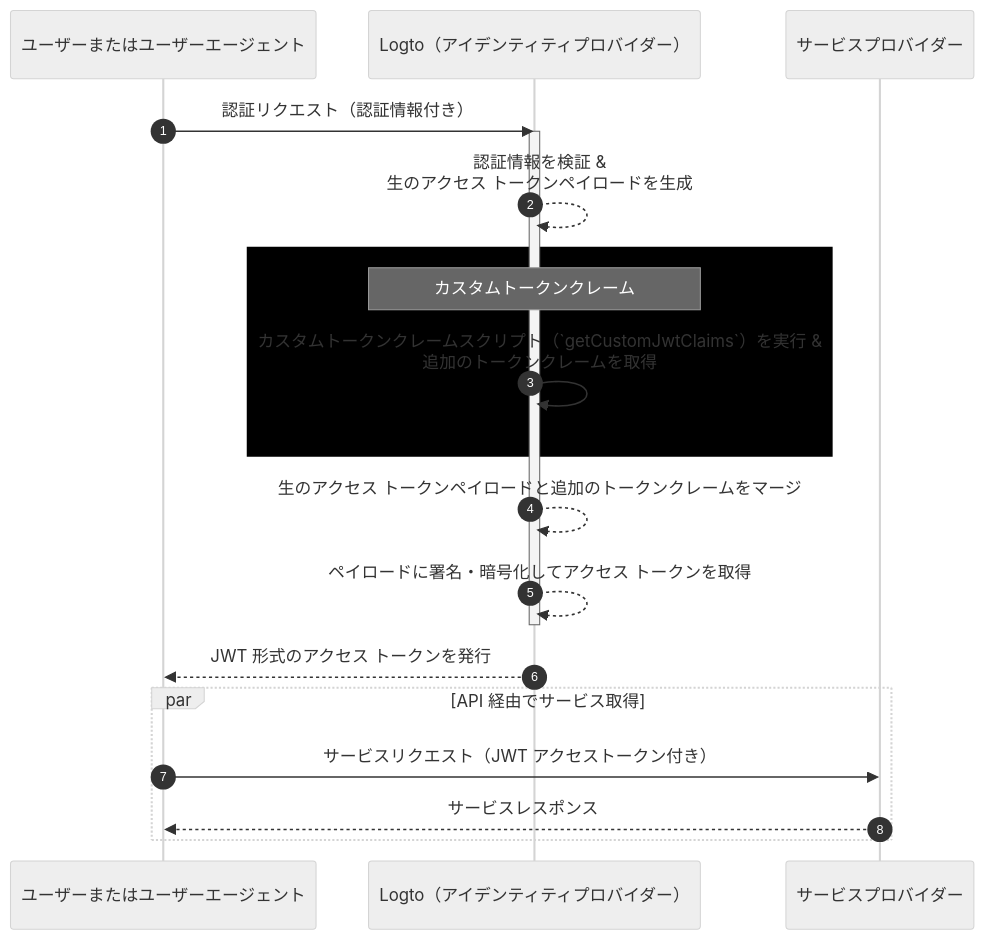
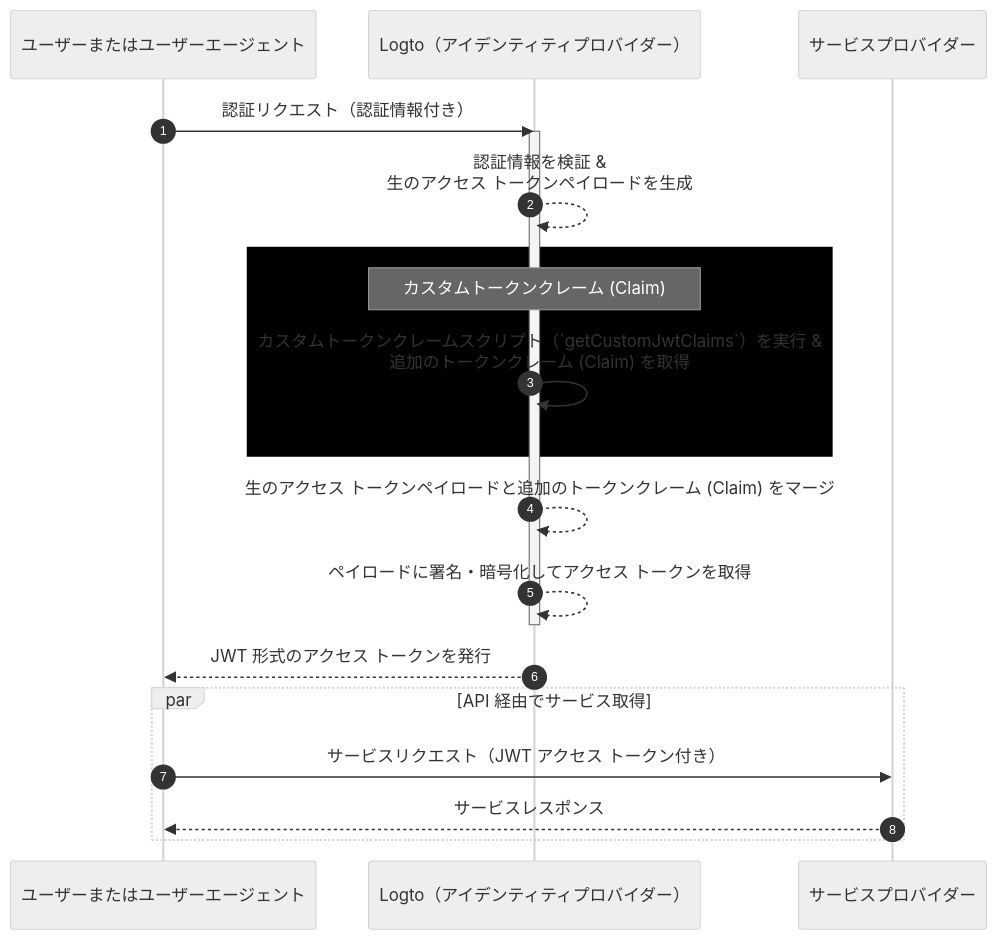
The diagram in i18n/ja/docusaurus-plugin-content-docs/current/developers/custom-token-claims/README.mdx (logto-io/docs), drawn with Mermaid (neutral theme) before and after one commit. The commit also changed other lines of this file and 666 other files, not shown here.

````diff
--- a/i18n/ja/docusaurus-plugin-content-docs/current/developers/custom-token-claims/README.mdx
+++ b/i18n/ja/docusaurus-plugin-content-docs/current/developers/custom-token-claims/README.mdx
@@ -26,23 +26,23 @@
 ```mermaid
 sequenceDiagram
   participant U as ユーザーまたはユーザーエージェント
   participant IdP as Logto（アイデンティティプロバイダー）
   participant SP as サービスプロバイダー
 
   autonumber
   U ->> IdP: 認証リクエスト（認証情報付き）
   activate IdP
   IdP-->>IdP: 認証情報を検証 &<br/>生のアクセス トークンペイロードを生成
   rect var(--mermaid-rect-fill)
-  note over IdP: カスタムトークンクレーム
-  IdP->>IdP: カスタムトークンクレームスクリプト（`getCustomJwtClaims`）を実行 &<br/>追加のトークンクレームを取得
+  note over IdP: カスタムトークンクレーム (Claim)
+  IdP->>IdP: カスタムトークンクレームスクリプト（`getCustomJwtClaims`）を実行 &<br/>追加のトークンクレーム (Claim) を取得
   end
-  IdP-->>IdP: 生のアクセス トークンペイロードと追加のトークンクレームをマージ
+  IdP-->>IdP: 生のアクセス トークンペイロードと追加のトークンクレーム (Claim) をマージ
   IdP-->>IdP: ペイロードに署名・暗号化してアクセス トークンを取得
   deactivate IdP
   IdP-->>U: JWT 形式のアクセス トークンを発行
   par API 経由でサービス取得
-  U->>SP: サービスリクエスト（JWT アクセストークン付き）
+  U->>SP: サービスリクエスト（JWT アクセス トークン付き）
   SP-->>U: サービスレスポンス
   end
 ```
````
